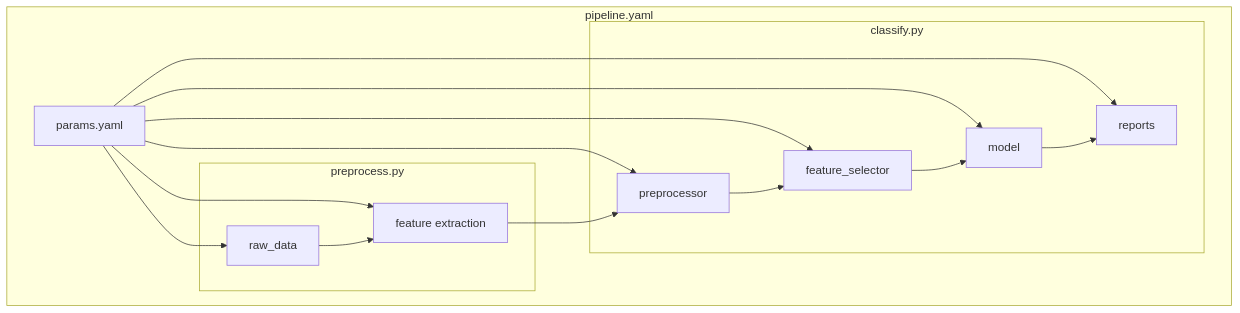
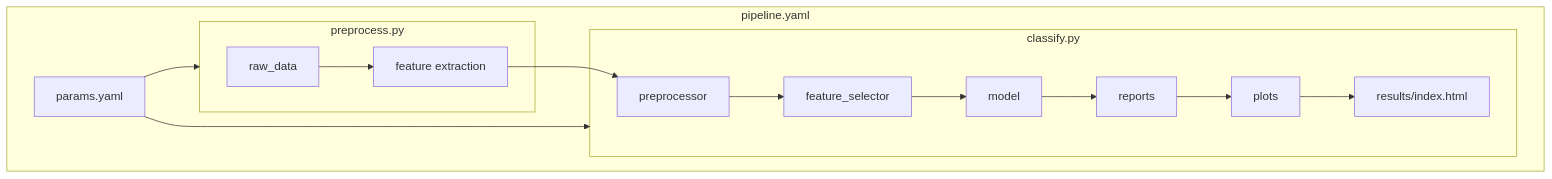
Before and after one commit to simplymathematics/as_activity_recognition: the diagram in README.md, drawn with Mermaid.

````diff
--- a/README.md
+++ b/README.md
@@ -10,27 +10,27 @@
 ```mermaid
 flowchart TD
 	subgraph pipeline.yaml
 	raw["raw_data"]
 	feat["feature extraction"]
 	pre["preprocessor"]
 	sel["feature_selector"]
 	model["model"]
 	params["params.yaml"]
 	reports["reports"]
+	plots["plots"]
+	webpage["results/index.html"]
+	
 
-	params-->raw
-	params-->feat
-	params-->pre
-	params-->sel
-	params-->model
-	params-->reports
 
 	subgraph preprocess.py
 	raw-->feat
 	end
 	feat-->pre
 	subgraph classify.py
-	pre-->sel-->model-->reports
+	pre-->sel-->model-->reports-->plots-->webpage
 	end
+	params-->preprocess.py
+	params-->classify.py
 	end
+	
 ```
````
